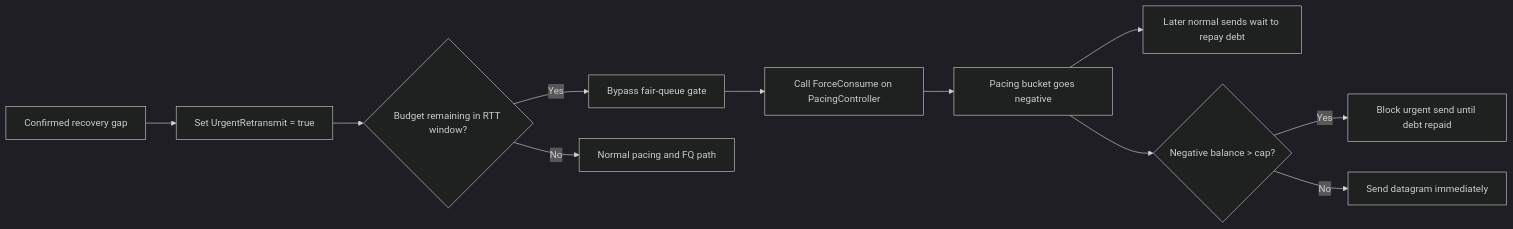
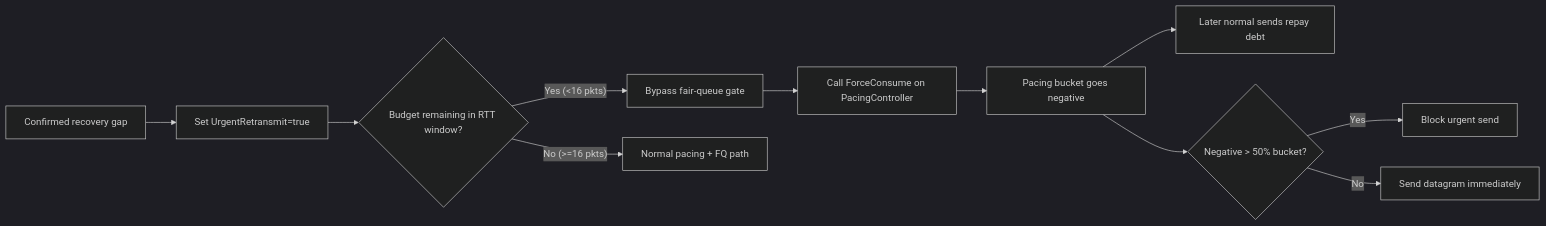
The eighth of 9 diagrams in docs/protocol.md (liulilittle/ucp), drawn with Mermaid (dark theme) before and after one commit. The commit also changed other lines of this file and 43 other files, not shown here.

````diff
--- a/docs/protocol.md
+++ b/docs/protocol.md
@@ -375,14 +365,14 @@
 ```mermaid
 flowchart LR
-    Gap[Confirmed recovery gap] --> Mark[Set UrgentRetransmit = true]
-    Mark --> Budget{Budget remaining in RTT window?}
-    Budget -->|Yes| Bypass[Bypass fair-queue gate]
-    Bypass --> Force[Call ForceConsume on PacingController]
-    Force --> Debt[Pacing bucket goes negative]
-    Debt --> Repay[Later normal sends wait to repay debt]
-    Budget -->|No| Normal[Normal pacing and FQ path]
-
-    Debt --> Cap{Negative balance > cap?}
-    Cap -->|Yes| Block[Block urgent send until debt repaid]
-    Cap -->|No| Send[Send datagram immediately]
+    Gap["Confirmed recovery gap"] --> Mark["Set UrgentRetransmit=true"]
+    Mark --> Budget{"Budget remaining in RTT window?"}
+    Budget -->|"Yes (<16 pkts)"| Bypass["Bypass fair-queue gate"]
+    Bypass --> Force["Call ForceConsume on PacingController"]
+    Force --> Debt["Pacing bucket goes negative"]
+    Debt --> Repay["Later normal sends repay debt"]
+    Budget -->|"No (>=16 pkts)"| Normal["Normal pacing + FQ path"]
+    
+    Debt --> Cap{"Negative > 50% bucket?"}
+    Cap -->|"Yes"| Block["Block urgent send"]
+    Cap -->|"No"| Send["Send datagram immediately"]
 ```
````
